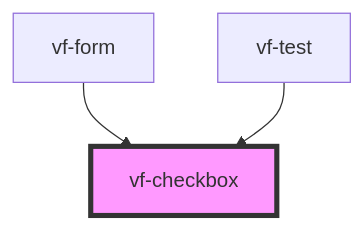
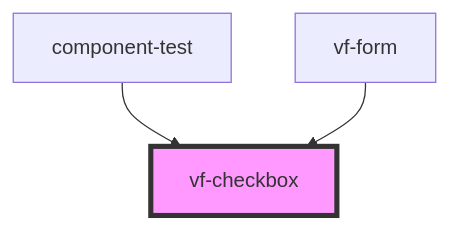
The diagram in src/components/checkbox/readme.md (ols87/formable), drawn with Mermaid before and after one commit. The commit also changed other lines of this file and 28 other files, not shown here.

````diff
--- a/src/components/checkbox/readme.md
+++ b/src/components/checkbox/readme.md
@@ -32,6 +32,6 @@
 ```mermaid
 graph TD;
+  component-test --> vf-checkbox
   vf-form --> vf-checkbox
-  vf-test --> vf-checkbox
   style vf-checkbox fill:#f9f,stroke:#333,stroke-width:4px
 ```
````
